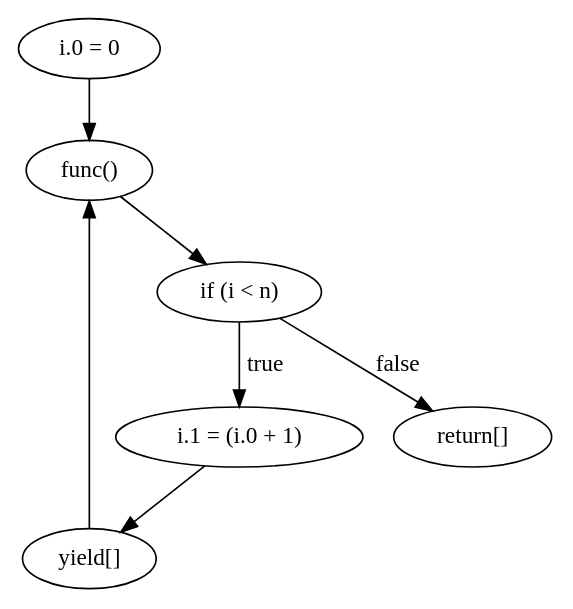
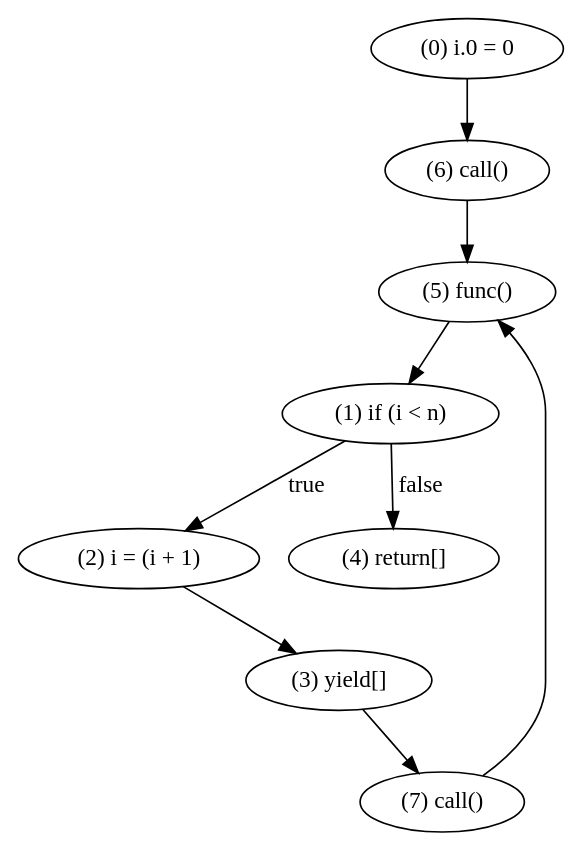
Before and after one commit to WorldofKerry/ToHDL: the diagram in crates/passes/make_ssa.dot, drawn with Graphviz. The commit also changed 1 other file, not shown here.

```diff
--- a/crates/passes/make_ssa.dot
+++ b/crates/passes/make_ssa.dot
@@ -1,14 +1,18 @@
 digraph {
-    0 [ label = "i.0 = 0" ]
-    1 [ label = "if (i < n)" ]
-    2 [ label = "i.1 = (i.0 + 1)" ]
-    3 [ label = "yield[]" ]
-    4 [ label = "return[]" ]
-    5 [ label = "func()" ]
-    3 -> 5 [ label = "" ]
+    0 [ label = "(0) i.0 = 0" ]
+    1 [ label = "(1) if (i < n)" ]
+    2 [ label = "(2) i = (i + 1)" ]
+    3 [ label = "(3) yield[]" ]
+    4 [ label = "(4) return[]" ]
+    5 [ label = "(5) func()" ]
+    6 [ label = "(6) call()" ]
+    7 [ label = "(7) call()" ]
+    0 -> 6 [ label = "" ]
+    1 -> 4 [ label = "false" ]
     1 -> 2 [ label = "true" ]
     2 -> 3 [ label = "" ]
+    3 -> 7 [ label = "" ]
     5 -> 1 [ label = "" ]
-    1 -> 4 [ label = "false" ]
-    0 -> 5 [ label = "" ]
+    6 -> 5 [ label = "" ]
+    7 -> 5 [ label = "" ]
 }
```
